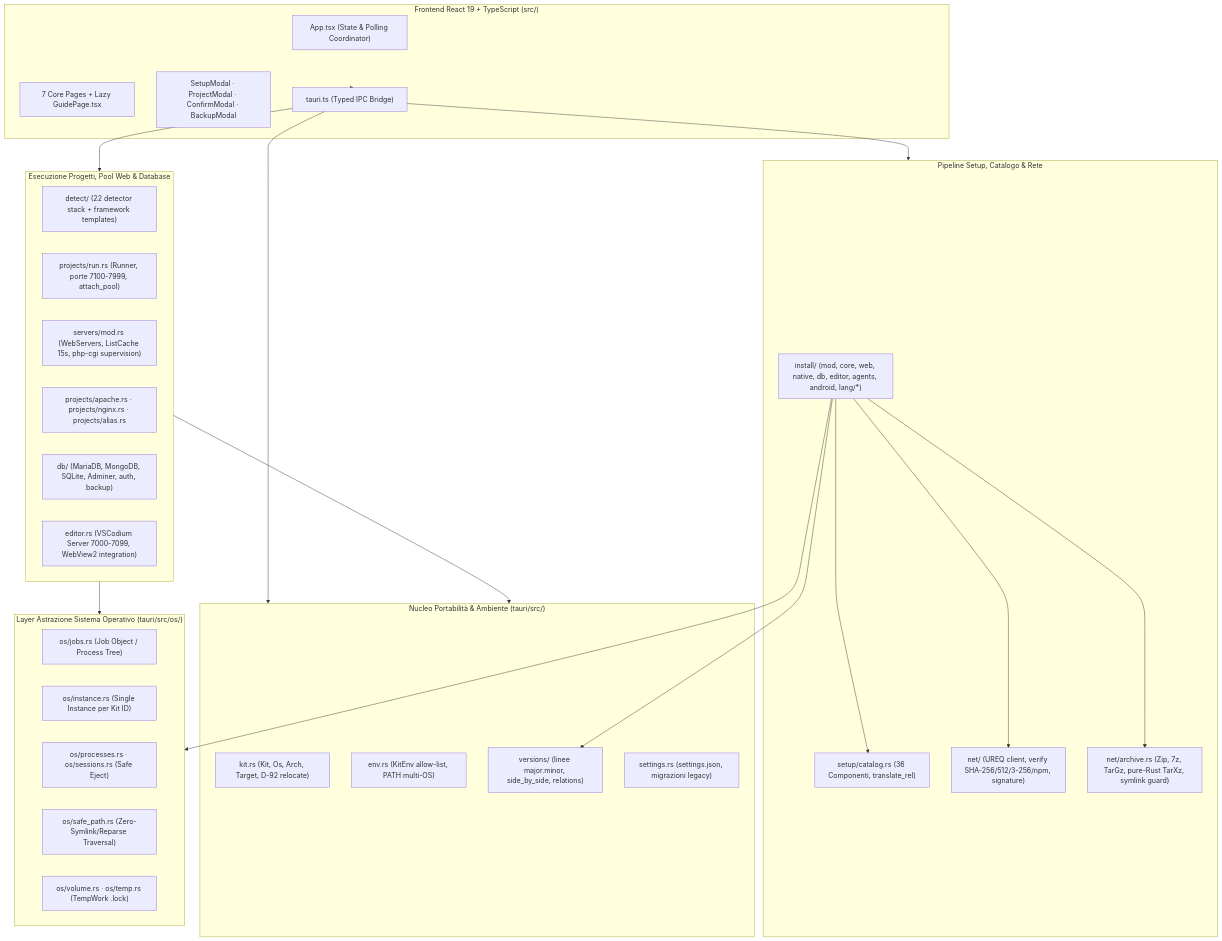
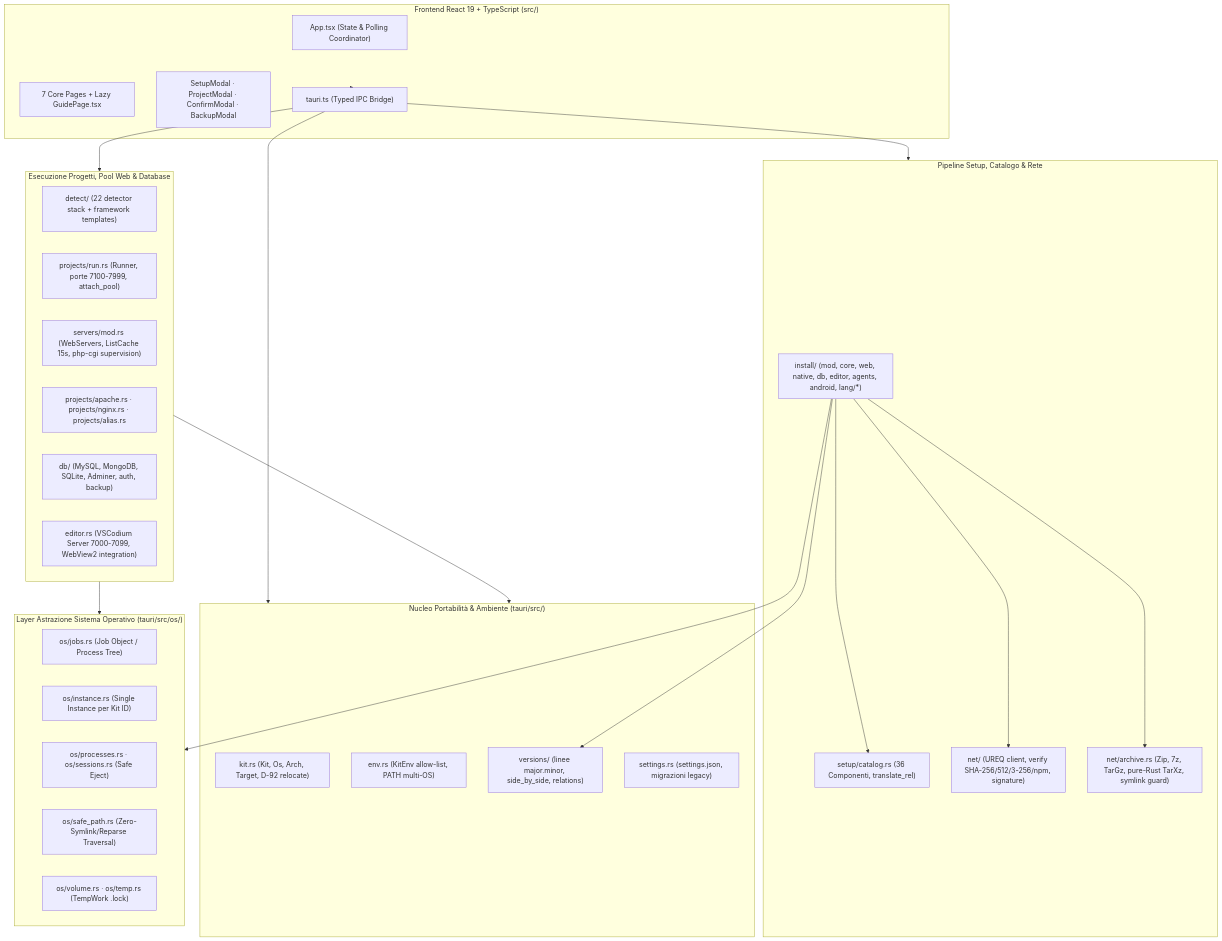
Before and after one commit to nabre/atollo: the diagram in docs/reports/v3/01-ARCHITETTURA-E-LOGICA.md, drawn with Mermaid. The commit also changed other lines of this file and 31 other files, not shown here.

First line of the commit message:
docs: MySQL is the only SQL server, no MariaDB anywhere

````diff
--- a/docs/reports/v3/01-ARCHITETTURA-E-LOGICA.md
+++ b/docs/reports/v3/01-ARCHITETTURA-E-LOGICA.md
@@ -14,44 +14,44 @@
 ```mermaid
 flowchart TB
     subgraph UI["Frontend React 19 + TypeScript (src/)"]
         App["App.tsx (State & Polling Coordinator)"]
         Pages["7 Core Pages + Lazy GuidePage.tsx"]
         Modals["SetupModal · ProjectModal · ConfirmModal · BackupModal"]
         TauriBridge["tauri.ts (Typed IPC Bridge)"]
     end
 
     subgraph Core["Nucleo Portabilità & Ambiente (tauri/src/)"]
         Kit["kit.rs (Kit, Os, Arch, Target, D-92 relocate)"]
         Env["env.rs (KitEnv allow-list, PATH multi-OS)"]
         Versions["versions/ (linee major.minor, side_by_side, relations)"]
         Settings["settings.rs (settings.json, migrazioni legacy)"]
     end
 
     subgraph InstallNet["Pipeline Setup, Catalogo & Rete"]
         Catalog["setup/catalog.rs (36 Componenti, translate_rel)"]
         Install["install/ (mod, core, web, native, db, editor, agents, android, lang/*)"]
         Net["net/ (UREQ client, verify SHA-256/512/3-256/npm, signature)"]
         Archive["net/archive.rs (Zip, 7z, TarGz, pure-Rust TarXz, symlink guard)"]
     end
 
     subgraph Runtime["Esecuzione Progetti, Pool Web & Database"]
         Detect["detect/ (22 detector stack + framework templates)"]
         Runner["projects/run.rs (Runner, porte 7100-7999, attach_pool)"]
         WebPools["servers/mod.rs (WebServers, ListCache 15s, php-cgi supervision)"]
         WebConf["projects/apache.rs · projects/nginx.rs · projects/alias.rs"]
-        DbSvc["db/ (MariaDB, MongoDB, SQLite, Adminer, auth, backup)"]
+        DbSvc["db/ (MySQL, MongoDB, SQLite, Adminer, auth, backup)"]
         Editor["editor.rs (VSCodium Server 7000-7099, WebView2 integration)"]
     end
 
     subgraph OSLayer["Layer Astrazione Sistema Operativo (tauri/src/os/)"]
         Jobs["os/jobs.rs (Job Object / Process Tree)"]
         Instance["os/instance.rs (Single Instance per Kit ID)"]
         Procs["os/processes.rs · os/sessions.rs (Safe Eject)"]
         SafePath["os/safe_path.rs (Zero-Symlink/Reparse Traversal)"]
         VolTemp["os/volume.rs · os/temp.rs (TempWork .lock)"]
     end
 
     UI --> TauriBridge --> Core & InstallNet & Runtime
     Install --> Catalog & Net & Archive & Versions & OSLayer
     Runtime --> Core & OSLayer
 ```
````
